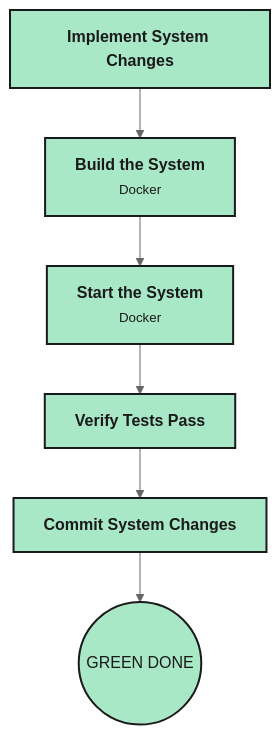
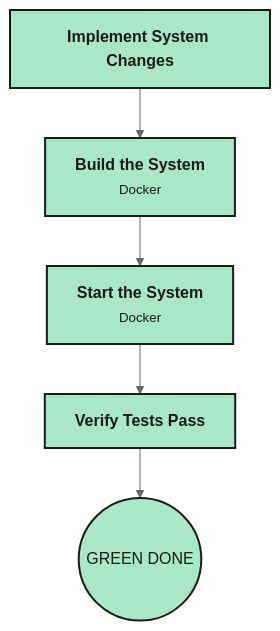
Before and after one commit to optivem/gh-optivem: the second of 3 diagrams in README.md, drawn with Mermaid (neutral theme). The commit also changed other lines of this file, not shown here.

````diff
--- a/README.md
+++ b/README.md
@@ -100,14 +100,13 @@
 ```mermaid
 flowchart TD
     A["<b>Implement System Changes</b>"]
     B["<b>Build the System</b><br/><small>Docker</small>"]
     C["<b>Start the System</b><br/><small>Docker</small>"]
     D["<b>Verify Tests Pass</b>"]
-    E["<b>Commit System Changes</b>"]
     Z(("GREEN DONE"))
 
-    A --> B --> C --> D --> E --> Z
+    A --> B --> C --> D --> Z
 
     classDef step fill:#A9E8C7,stroke:#1a1a1a,stroke-width:2px,color:#1a1a1a
-    class A,B,C,D,E,Z step
+    class A,B,C,D,Z step
 ```
````
